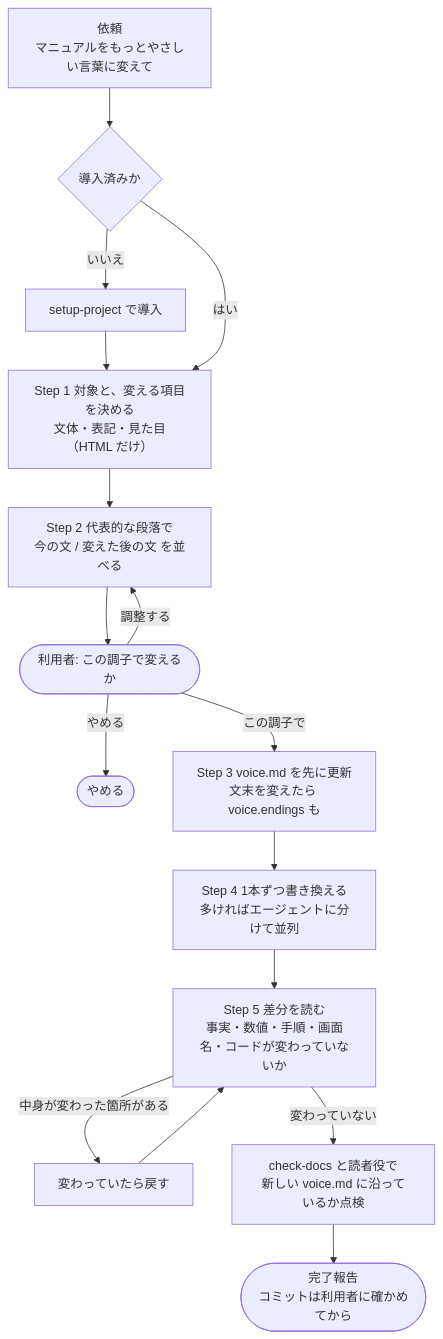
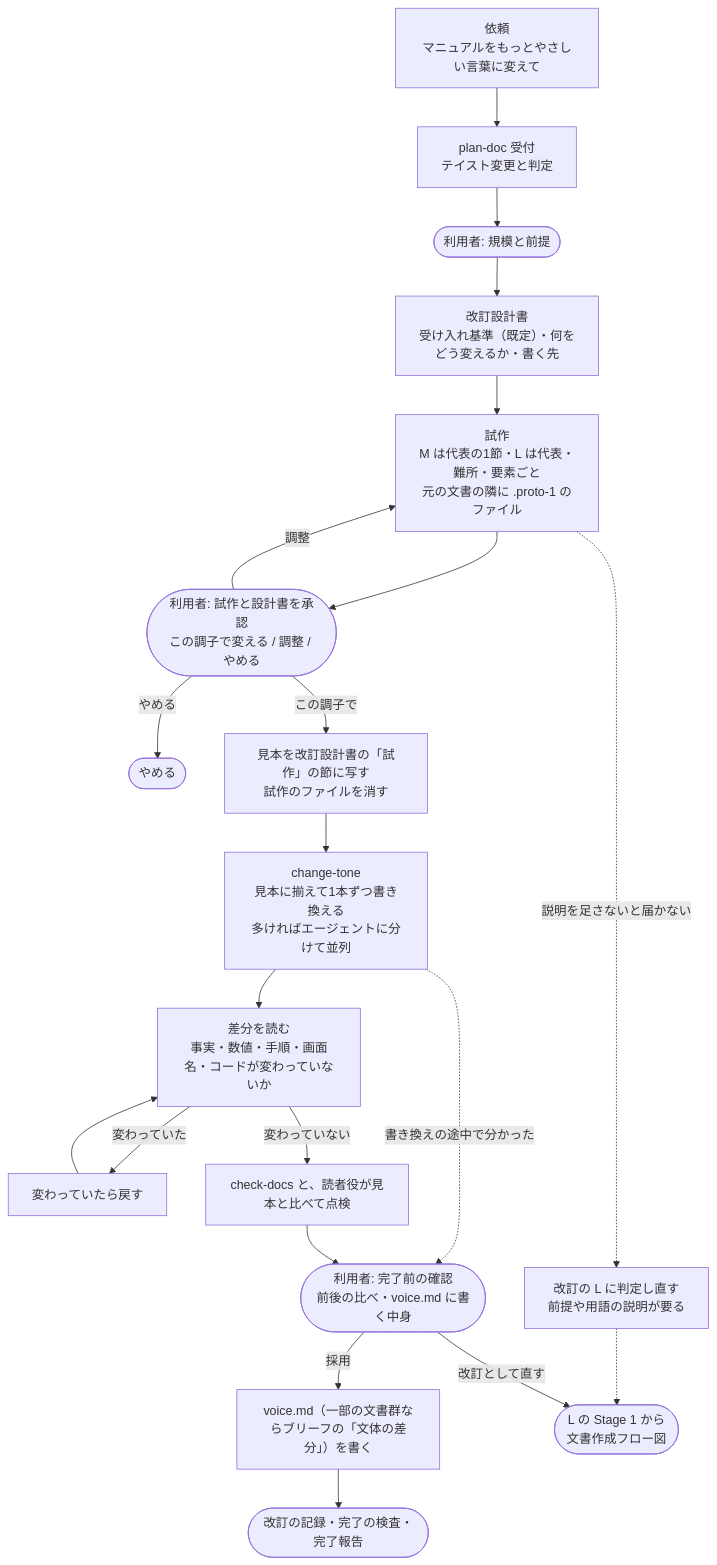
One commit to mizuta0711/claude-doc-harness changed the diagram in docs/diagrams/05_テイスト変更フロー図.md. Above: the diagram before and after it, drawn with Mermaid. The commit also changed other lines of this file and 30 other files, not shown here.

````diff
--- a/docs/diagrams/05_テイスト変更フロー図.md
+++ b/docs/diagrams/05_テイスト変更フロー図.md
@@ -17,26 +18,31 @@
 ```mermaid
 flowchart TD
     REQ["依頼<br/>マニュアルをもっとやさしい言葉に変えて"]
-    S0{"導入済みか"}
-    SETUP["setup-project で導入"]
-    S1["Step 1 対象と、変える項目を決める<br/>文体・表記・見た目（HTML だけ）"]
-    S2["Step 2 代表的な段落で<br/>今の文 / 変えた後の文 を並べる"]
-    U1(["利用者: この調子で変えるか"])
+    INTAKE["plan-doc 受付<br/>テイスト変更と判定"]
+    U0(["利用者: 規模と前提"])
+    PLAN["改訂設計書<br/>受け入れ基準（既定）・何をどう変えるか・書く先"]
+    PROTO["試作<br/>M は代表の1節・L は代表・難所・要素ごと<br/>元の文書の隣に .proto-1 のファイル"]
+    U1(["利用者: 試作と設計書を承認<br/>この調子で変える / 調整 / やめる"])
     STOP(["やめる"])
-    S3["Step 3 voice.md を先に更新<br/>文末を変えたら voice.endings も"]
-    S4["Step 4 1本ずつ書き換える<br/>多ければエージェントに分けて並列"]
-    S5["Step 5 差分を読む<br/>事実・数値・手順・画面名・コードが変わっていないか"]
+    KEEP["見本を改訂設計書の「試作」の節に写す<br/>試作のファイルを消す"]
+    TONE["change-tone<br/>見本に揃えて1本ずつ書き換える<br/>多ければエージェントに分けて並列"]
+    DIFF["差分を読む<br/>事実・数値・手順・画面名・コードが変わっていないか"]
     BACK["変わっていたら戻す"]
-    CHK["check-docs と読者役で<br/>新しい voice.md に沿っているか点検"]
-    DONE(["完了報告<br/>コミットは利用者に確かめてから"])
+    CHK["check-docs と、読者役が見本と比べて点検"]
+    U2(["利用者: 完了前の確認<br/>前後の比べ・voice.md に書く中身"])
+    VOICE["voice.md（一部の文書群ならブリーフの「文体の差分」）を書く"]
+    DONE(["改訂の記録・完了の検査・完了報告"])
+    REJUDGE["改訂の L に判定し直す<br/>前提や用語の説明が要る"]
 
-    REQ --> S0
-    S0 -- いいえ --> SETUP --> S1
-    S0 -- はい --> S1
-    S1 --> S2 --> U1
-    U1 -- 調整する --> S2
+    REQ --> INTAKE --> U0 --> PLAN --> PROTO --> U1
+    U1 -- 調整 --> PROTO
     U1 -- やめる --> STOP
-    U1 -- この調子で --> S3 --> S4 --> S5
-    S5 -- 中身が変わった箇所がある --> BACK --> S5
-    S5 -- 変わっていない --> CHK --> DONE
+    U1 -- この調子で --> KEEP --> TONE --> DIFF
+    PROTO -. 説明を足さないと届かない .-> REJUDGE
+    REJUDGE -.-> LPATH(["L の Stage 1 から<br/>文書作成フロー図"])
+    TONE -. 書き換えの途中で分かった .-> U2
+    DIFF -- 変わっていた --> BACK --> DIFF
+    DIFF -- 変わっていない --> CHK --> U2
+    U2 -- 採用 --> VOICE --> DONE
+    U2 -- 改訂として直す --> LPATH
 ```
````
